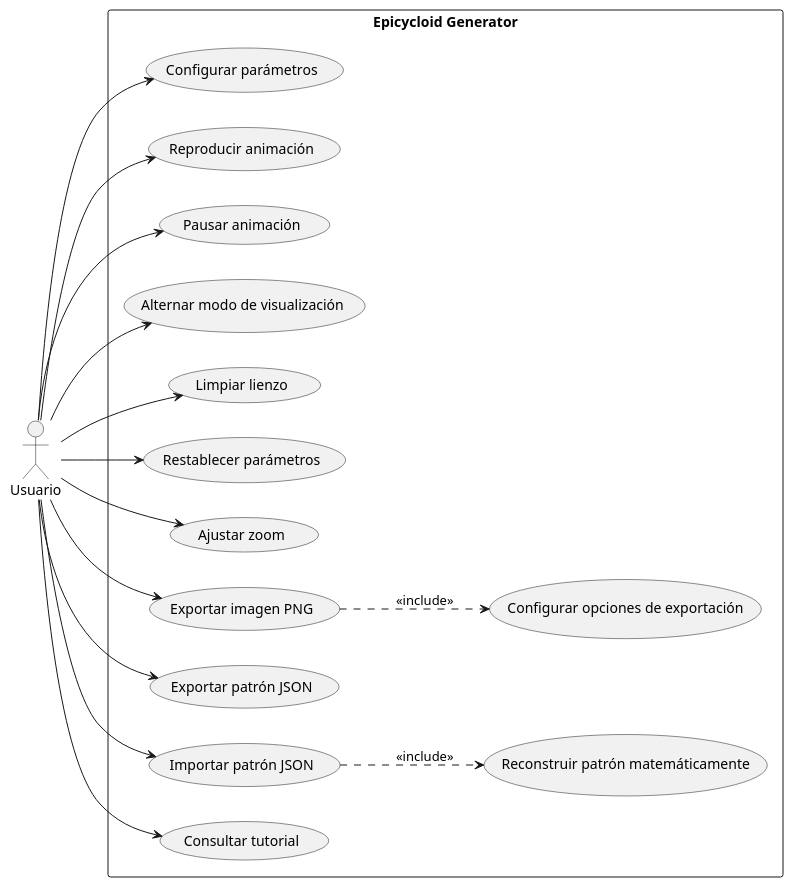
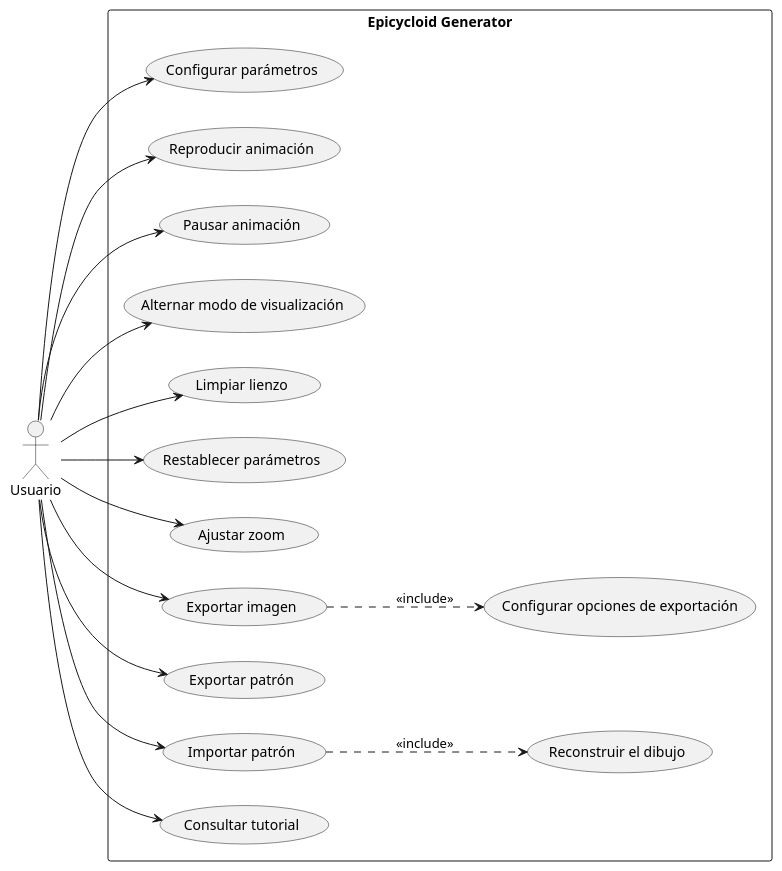
The first of 3 diagrams in claude/memoria-cap4-analisis.md (IgnacioMol/Epicycloid_generator), drawn with PlantUML before and after one commit. The commit also changed other lines of this file, not shown here.

````diff
--- a/claude/memoria-cap4-analisis.md
+++ b/claude/memoria-cap4-analisis.md
@@ -333,38 +309,38 @@
 ```plantuml
 @startuml CasosDeUso
 left to right direction
 skinparam packageStyle rectangle
 actor Usuario as U
 
 rectangle "Epicycloid Generator" {
   usecase "Configurar parámetros" as CU1
   usecase "Reproducir animación" as CU2
   usecase "Pausar animación" as CU3
   usecase "Alternar modo de visualización" as CU4
   usecase "Limpiar lienzo" as CU5
   usecase "Restablecer parámetros" as CU6
   usecase "Ajustar zoom" as CU7
-  usecase "Exportar imagen PNG" as CU8
+  usecase "Exportar imagen" as CU8
   usecase "Configurar opciones de exportación" as CU8b
-  usecase "Exportar patrón JSON" as CU9
-  usecase "Importar patrón JSON" as CU10
-  usecase "Reconstruir patrón matemáticamente" as CU10b
+  usecase "Exportar patrón" as CU9
+  usecase "Importar patrón" as CU10
+  usecase "Reconstruir el dibujo" as CU10b
   usecase "Consultar tutorial" as CU11
 }
 
 U --> CU1
 U --> CU2
 U --> CU3
 U --> CU4
 U --> CU5
 U --> CU6
 U --> CU7
 U --> CU8
 U --> CU9
 U --> CU10
 U --> CU11
 
 CU8 ..> CU8b : <<include>>
 CU10 ..> CU10b : <<include>>
 @enduml
 ```
````
